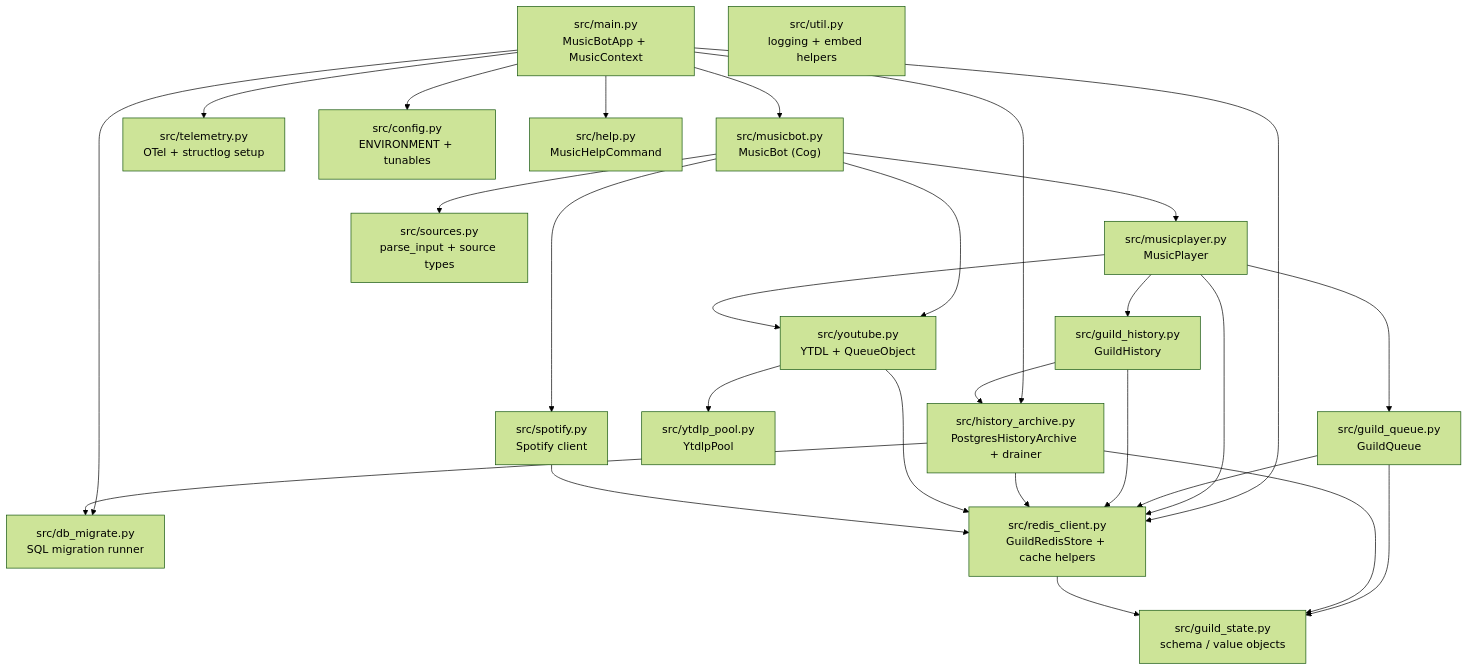
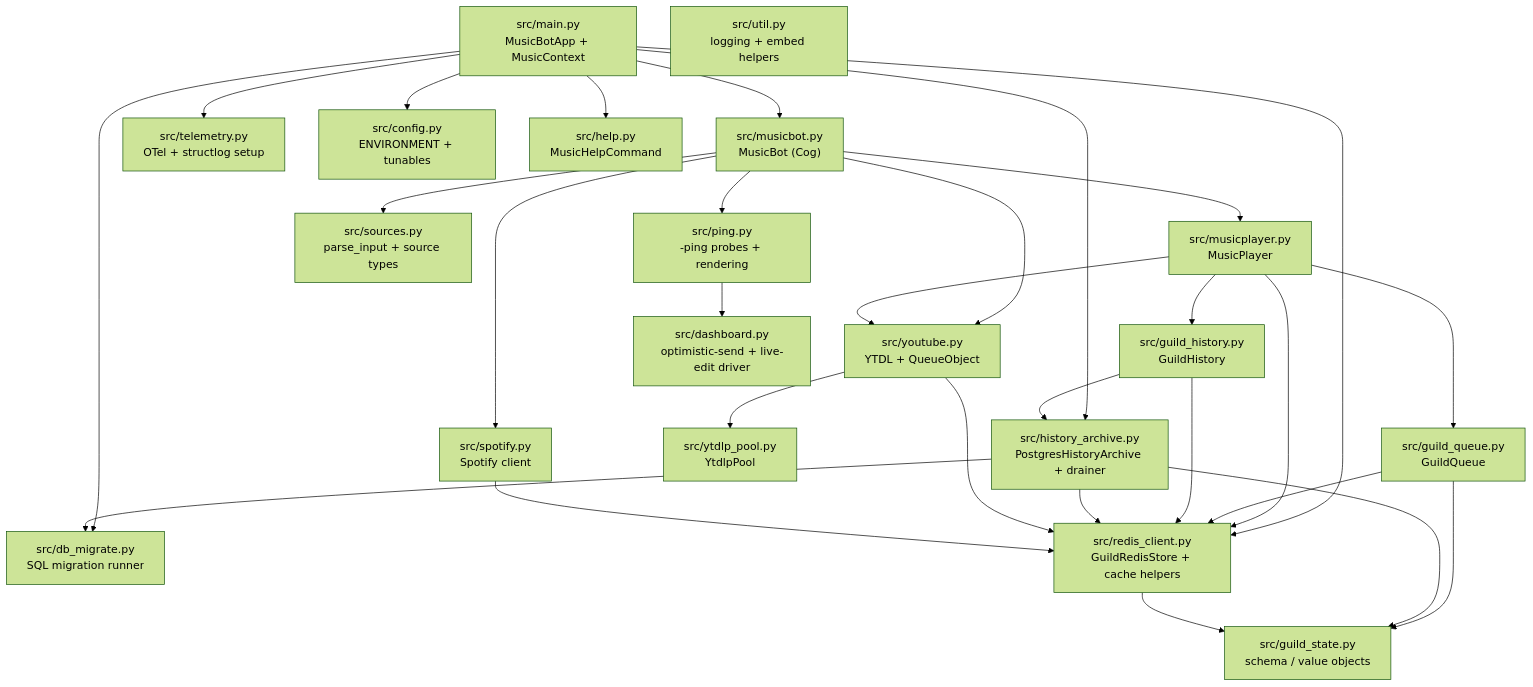
One commit to kawadeomkar/discord-music-bot changed the third of 15 diagrams in docs/ARCHITECTURE.md. Above: the diagram before and after it, drawn with Mermaid (forest theme). The commit also changed other lines of this file and 5 other files, not shown here.

````diff
--- a/docs/ARCHITECTURE.md
+++ b/docs/ARCHITECTURE.md
@@ -159,47 +159,51 @@
 ```mermaid
 graph TD
     main["src/main.py\nMusicBotApp + MusicContext"]
     musicbot["src/musicbot.py\nMusicBot (Cog)"]
     musicplayer["src/musicplayer.py\nMusicPlayer"]
     guild_queue["src/guild_queue.py\nGuildQueue"]
     guild_history["src/guild_history.py\nGuildHistory"]
     guild_state["src/guild_state.py\nschema / value objects"]
     history_archive["src/history_archive.py\nPostgresHistoryArchive + drainer"]
     db["src/db_migrate.py\nSQL migration runner"]
     youtube["src/youtube.py\nYTDL + QueueObject"]
     ytdlp_pool["src/ytdlp_pool.py\nYtdlpPool"]
     sources["src/sources.py\nparse_input + source types"]
     spotify["src/spotify.py\nSpotify client"]
     redis_client["src/redis_client.py\nGuildRedisStore + cache helpers"]
     telemetry["src/telemetry.py\nOTel + structlog setup"]
     config["src/config.py\nENVIRONMENT + tunables"]
     help_cmd["src/help.py\nMusicHelpCommand"]
+    dashboard["src/dashboard.py\noptimistic-send + live-edit driver"]
+    ping["src/ping.py\n-ping probes + rendering"]
     util["src/util.py\nlogging + embed helpers"]
 
     main --> musicbot
     main --> redis_client
     main --> telemetry
     main --> config
     main --> help_cmd
     main --> db
     main --> history_archive
     musicbot --> musicplayer
+    musicbot --> ping
+    ping --> dashboard
     musicbot --> sources
     musicbot --> spotify
     musicbot --> youtube
     musicplayer --> guild_queue
     musicplayer --> guild_history
     musicplayer --> youtube
     musicplayer --> redis_client
     guild_queue --> guild_state
     guild_queue --> redis_client
     guild_history --> redis_client
     guild_history --> history_archive
     history_archive --> db
     history_archive --> guild_state
     history_archive --> redis_client
     redis_client --> guild_state
     youtube --> redis_client
     youtube --> ytdlp_pool
     spotify --> redis_client
 ```
````
